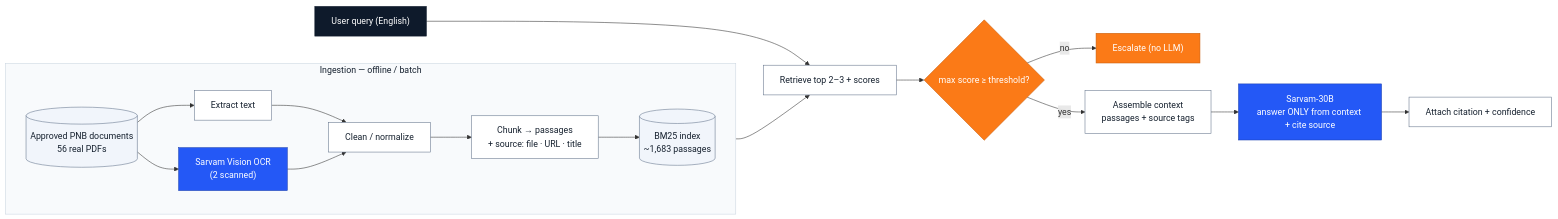
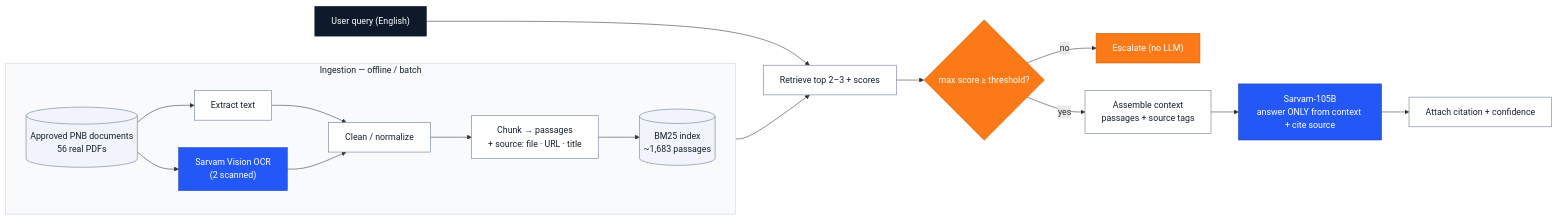
The fourth of 6 diagrams in docs/architecture.md (vihb09/pnb-sahayak), drawn with Mermaid before and after one commit. The commit also changed other lines of this file and 6 other files, not shown here.

````diff
--- a/docs/architecture.md
+++ b/docs/architecture.md
@@ -211,35 +211,35 @@
 ```mermaid
 flowchart LR
     subgraph INGEST["Ingestion — offline / batch"]
         direction LR
         DOCS[("Approved PNB documents<br/>56 real PDFs")]:::store
         EXT["Extract text"]:::neutral
         OCR["Sarvam Vision OCR<br/>(2 scanned)"]:::sarvam
         CLEAN["Clean / normalize"]:::neutral
         CHUNK["Chunk → passages<br/>+ source: file · URL · title"]:::neutral
         IDX[("BM25 index<br/>~1,683 passages")]:::store
         DOCS --> EXT --> CLEAN
         DOCS --> OCR --> CLEAN
         CLEAN --> CHUNK --> IDX
     end
     Q["User query (English)"]:::app
     RET["Retrieve top 2–3 + scores"]:::neutral
     GATE{"max score ≥ threshold?"}:::decision
     ESC["Escalate (no LLM)"]:::escalate
     CTX["Assemble context<br/>passages + source tags"]:::neutral
-    ANS["Sarvam-30B<br/>answer ONLY from context + cite source"]:::sarvam
+    ANS["Sarvam-105B<br/>answer ONLY from context + cite source"]:::sarvam
     CITE["Attach citation + confidence"]:::neutral
 
     IDX --> RET
     Q --> RET --> GATE
     GATE -->|no| ESC
     GATE -->|yes| CTX --> ANS --> CITE
 
     classDef app fill:#0E1A2B,stroke:#0E1A2B,color:#ffffff;
     classDef sarvam fill:#2458F6,stroke:#1B3FB0,color:#ffffff;
     classDef decision fill:#FB7A17,stroke:#C85F0E,color:#ffffff;
     classDef escalate fill:#FB7A17,stroke:#C85F0E,color:#ffffff;
     classDef neutral fill:#FFFFFF,stroke:#64748B,color:#15202E;
     classDef store fill:#F1F5FB,stroke:#64748B,color:#15202E;
     style INGEST fill:#F8FAFC,stroke:#CBD5E1,color:#15202E
 ```
````
